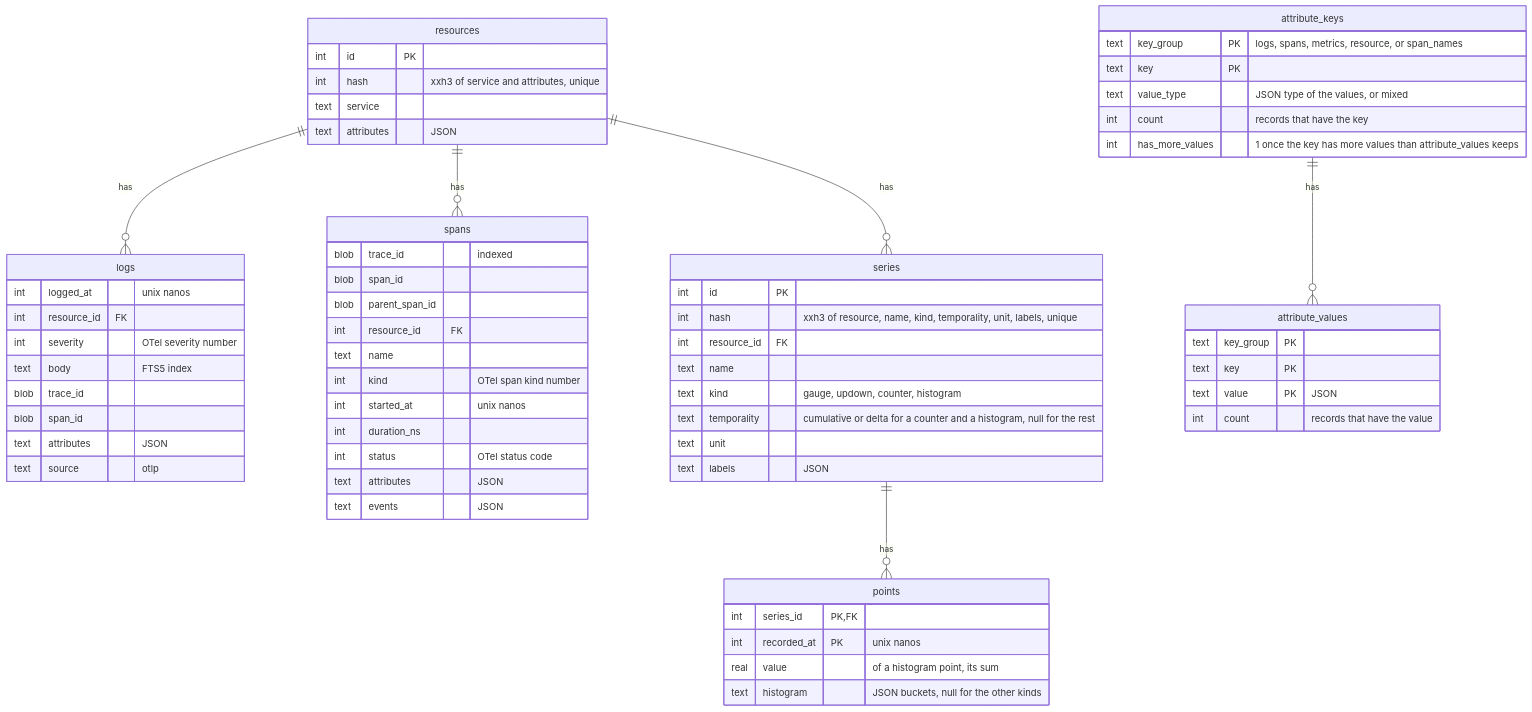
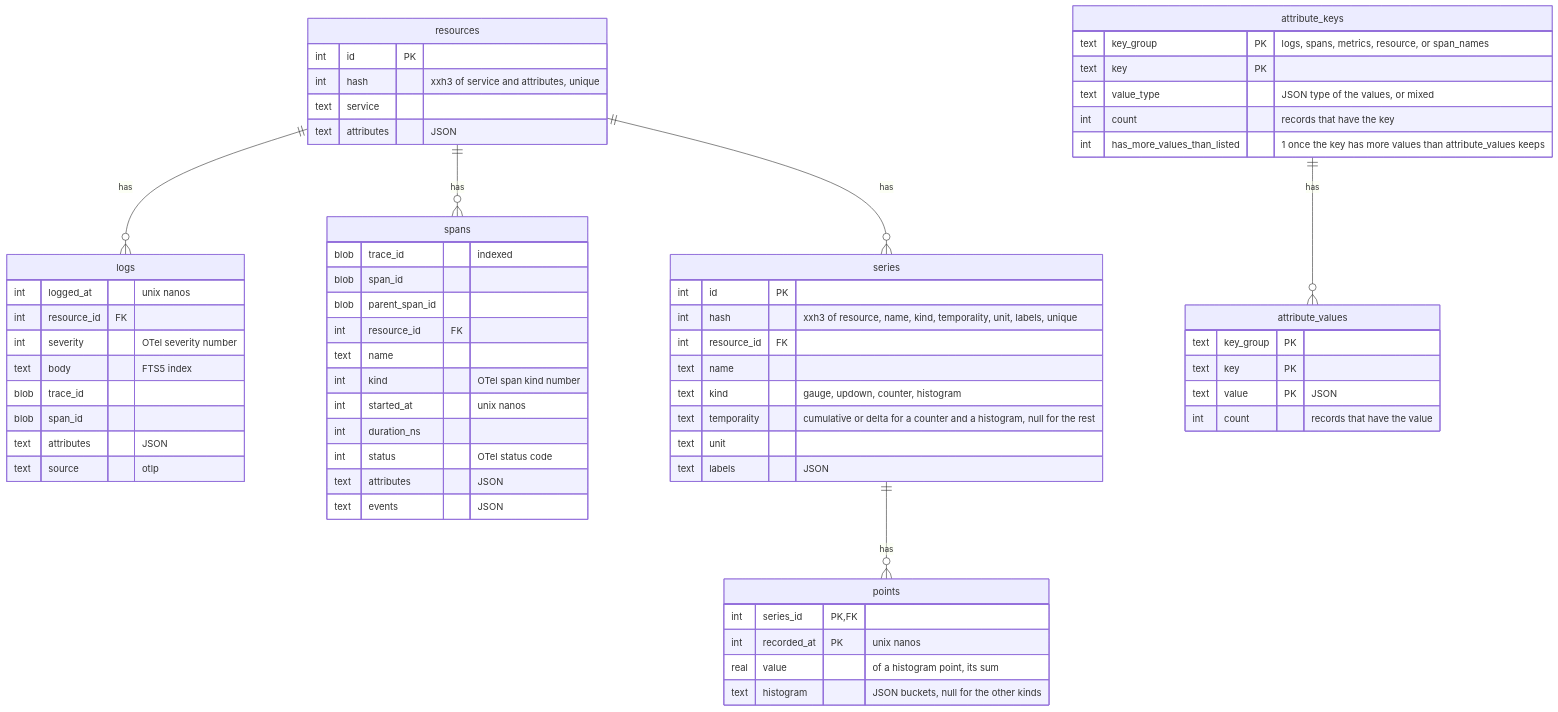
The second of 2 diagrams in docs/telemetry.md (sukovanej/otelo), drawn with Mermaid before and after one commit. The commit also changed other lines of this file, not shown here.

Commit message:
doc telemetry: edit
Via: claude-code

````diff
--- a/docs/telemetry.md
+++ b/docs/telemetry.md
@@ -35,66 +35,66 @@
 ```mermaid
 erDiagram
   resources ||--o{ logs : has
   resources ||--o{ spans : has
   resources ||--o{ series : has
   series ||--o{ points : has
   attribute_keys ||--o{ attribute_values : has
   resources {
     int id PK
     int hash "xxh3 of service and attributes, unique"
     text service
     text attributes "JSON"
   }
   logs {
     int logged_at "unix nanos"
     int resource_id FK
     int severity "OTel severity number"
     text body "FTS5 index"
     blob trace_id
     blob span_id
     text attributes "JSON"
     text source "otlp"
   }
   spans {
     blob trace_id "indexed"
     blob span_id
     blob parent_span_id
     int resource_id FK
     text name
     int kind "OTel span kind number"
     int started_at "unix nanos"
     int duration_ns
     int status "OTel status code"
     text attributes "JSON"
     text events "JSON"
   }
   series {
     int id PK
     int hash "xxh3 of resource, name, kind, temporality, unit, labels, unique"
     int resource_id FK
     text name
     text kind "gauge, updown, counter, histogram"
     text temporality "cumulative or delta for a counter and a histogram, null for the rest"
     text unit
     text labels "JSON"
   }
   points {
     int series_id PK, FK
     int recorded_at PK "unix nanos"
     real value "of a histogram point, its sum"
     text histogram "JSON buckets, null for the other kinds"
   }
   attribute_keys {
     text key_group PK "logs, spans, metrics, resource, or span_names"
     text key PK
     text value_type "JSON type of the values, or mixed"
     int count "records that have the key"
-    int has_more_values "1 once the key has more values than attribute_values keeps"
+    int has_more_values_than_listed "1 once the key has more values than attribute_values keeps"
   }
   attribute_values {
     text key_group PK
     text key PK
     text value PK "JSON"
     int count "records that have the value"
   }
 ```
````
